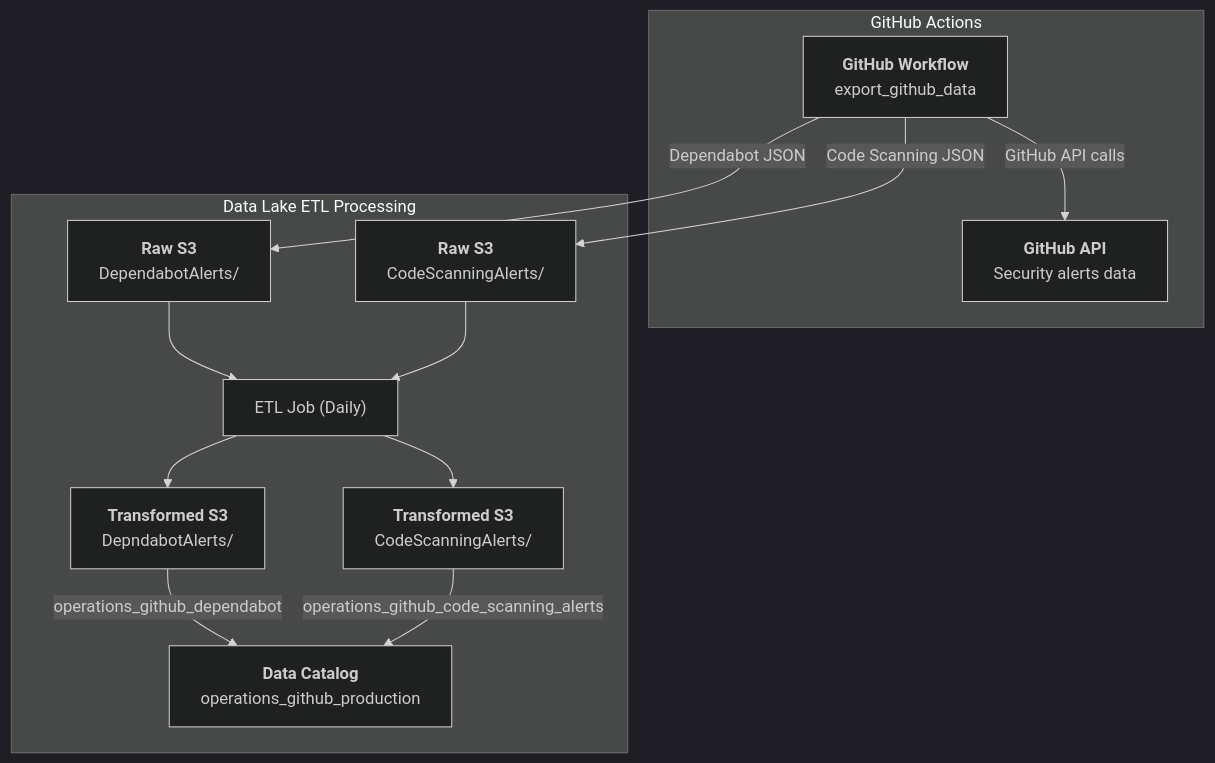
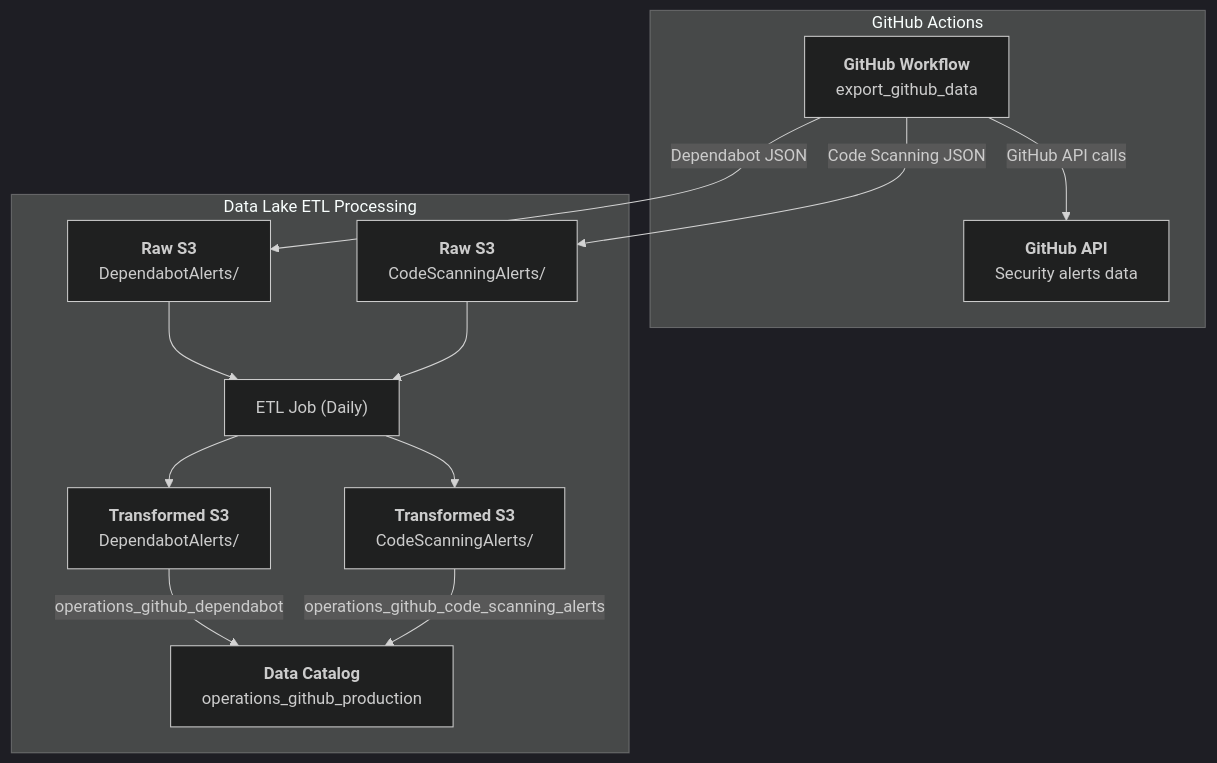
One commit to cds-snc/data-lake changed the diagram in docs/data/pipelines/operations/github/github-metadata-alerts.md. Above: the diagram before and after it, drawn with Mermaid (dark theme).

````diff
--- a/docs/data/pipelines/operations/github/github-metadata-alerts.md
+++ b/docs/data/pipelines/operations/github/github-metadata-alerts.md
@@ -41,37 +41,37 @@
 ```mermaid
 graph TD
     %% Source Systems
     GitHubAPI["`**GitHub API**<br/>Security alerts data`"]
     Workflow["`**GitHub Workflow**<br/>export_github_data`"]
     
     %% Raw Storage
     RawDependabot["`**Raw S3**<br/>DependabotAlerts/`"]
     RawCodeScanning["`**Raw S3**<br/>CodeScanningAlerts/`"]
     
     %% Transformed Storage
-    TransDependabot["`**Transformed S3**<br/>DepndabotAlerts/`"]
+    TransDependabot["`**Transformed S3**<br/>DependabotAlerts/`"]
     TransCodeScanning["`**Transformed S3**<br/>CodeScanningAlerts/`"]
     
     %% Processing
     ETL["ETL Job (Daily)"]
     CatalogTransformed["`**Data Catalog**<br/>operations_github_production`"]
 
     %% Flow
     subgraph github[GitHub Actions]
         Workflow --> |GitHub API calls|GitHubAPI
     end
     
     Workflow --> |Dependabot JSON|RawDependabot
     Workflow --> |Code Scanning JSON|RawCodeScanning
 
     subgraph datalake[Data Lake ETL Processing]
         RawDependabot --> ETL
         RawCodeScanning --> ETL
         
         ETL --> TransDependabot
         ETL --> TransCodeScanning
         
         TransDependabot --> |operations_github_dependabot|CatalogTransformed
         TransCodeScanning --> |operations_github_code_scanning_alerts|CatalogTransformed
     end
 ```
````
